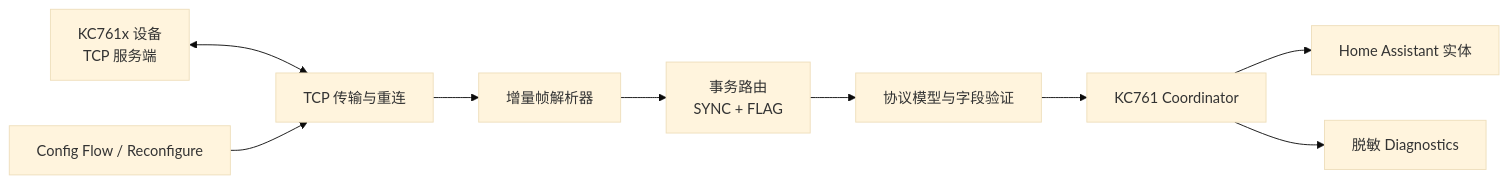
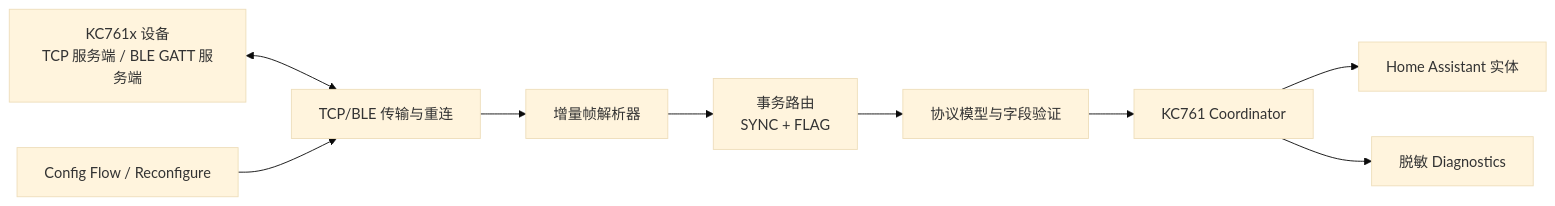
Before and after one commit to GImDX/kc761-ha: the first of 2 diagrams in docs/ARCHITECTURE.md, drawn with Mermaid (base theme). The commit also changed other lines of this file and 22 other files, not shown here.

````diff
--- a/docs/ARCHITECTURE.md
+++ b/docs/ARCHITECTURE.md
@@ -49,21 +49,21 @@
 ```mermaid
 flowchart LR
-    D["KC761x 设备\nTCP 服务端"]
-    T["TCP 传输与重连"]
+    D["KC761x 设备\nTCP 服务端 / BLE GATT 服务端"]
+    T["TCP/BLE 传输与重连"]
     F["增量帧解析器"]
     R["事务路由\nSYNC + FLAG"]
     P["协议模型与字段验证"]
     C["KC761 Coordinator"]
     E["Home Assistant 实体"]
     G["Config Flow / Reconfigure"]
     X["脱敏 Diagnostics"]
 
     D <--> T
     T --> F
     F --> R
     R --> P
     P --> C
     C --> E
     G --> T
     C --> X
 ```
````
